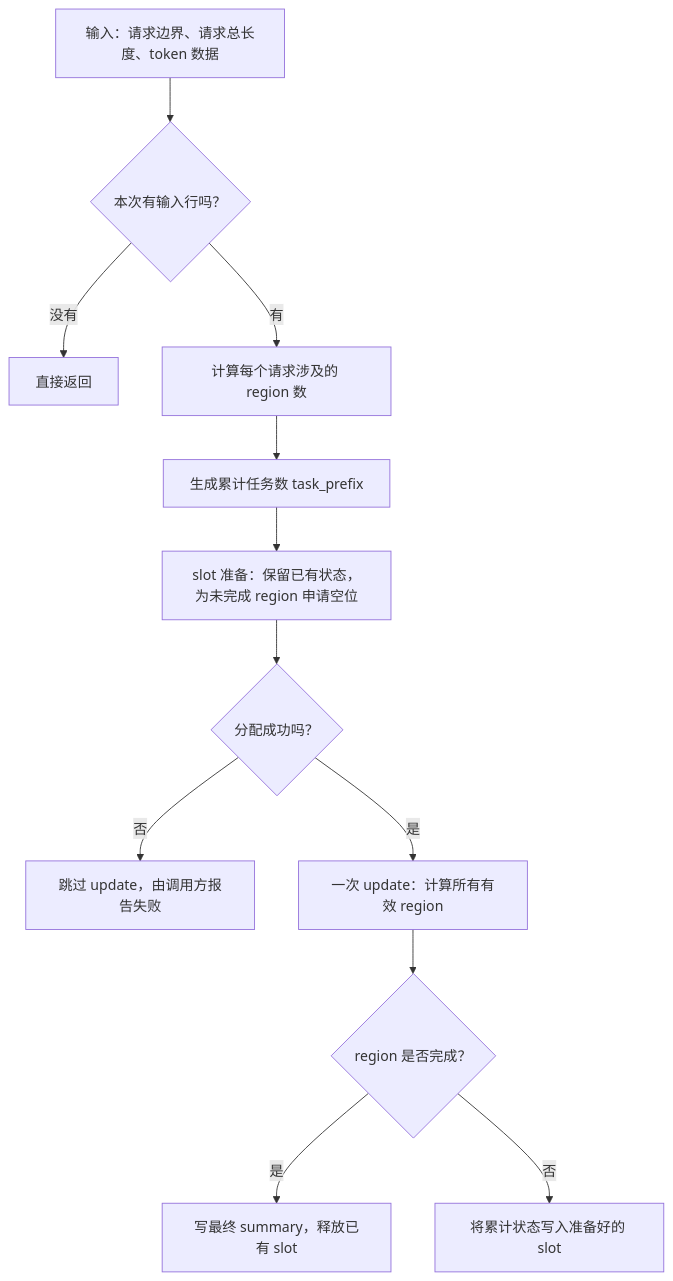
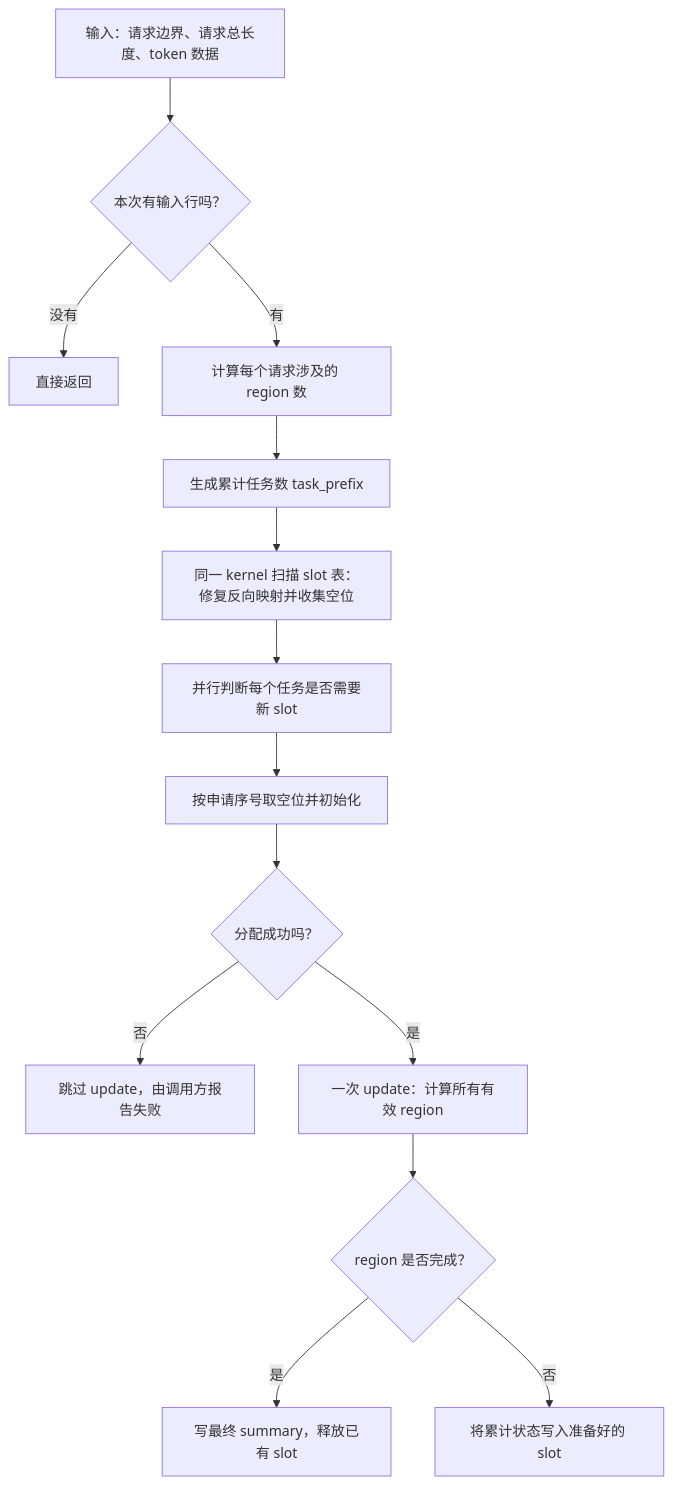
The first of 4 diagrams in docs/step4_prefill_region_tasks.md (earthmanylf/vllm-ascend-step4), drawn with Mermaid before and after one commit. The commit also changed other lines of this file and 6 other files, not shown here.

````diff
--- a/docs/step4_prefill_region_tasks.md
+++ b/docs/step4_prefill_region_tasks.md
@@ -30,14 +32,16 @@
 ```mermaid
 flowchart TD
     A[输入：请求边界、请求总长度、token 数据] --> B{本次有输入行吗？}
     B -->|没有| Z[直接返回]
     B -->|有| C[计算每个请求涉及的 region 数]
     C --> D[生成累计任务数 task_prefix]
-    D --> E[slot 准备：保留已有状态，为未完成 region 申请空位]
-    E --> F{分配成功吗？}
+    D --> E[同一 kernel 扫描 slot 表：修复反向映射并收集空位]
+    E --> K[并行判断每个任务是否需要新 slot]
+    K --> L[按申请序号取空位并初始化]
+    L --> F{分配成功吗？}
     F -->|否| X[跳过 update，由调用方报告失败]
     F -->|是| G[一次 update：计算所有有效 region]
     G --> H{region 是否完成？}
     H -->|是| I[写最终 summary，释放已有 slot]
     H -->|否| J[将累计状态写入准备好的 slot]
 ```
````
